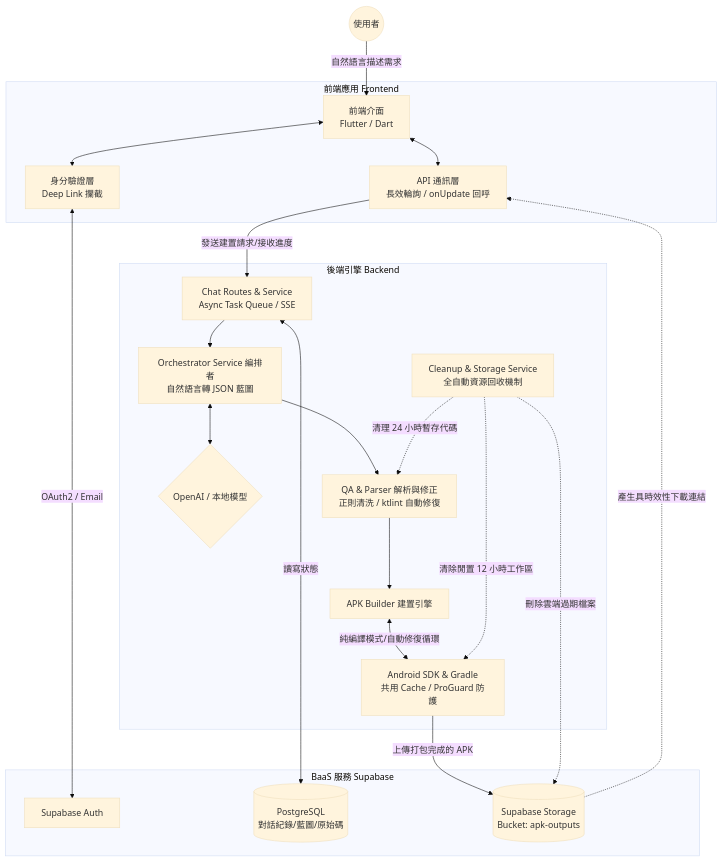
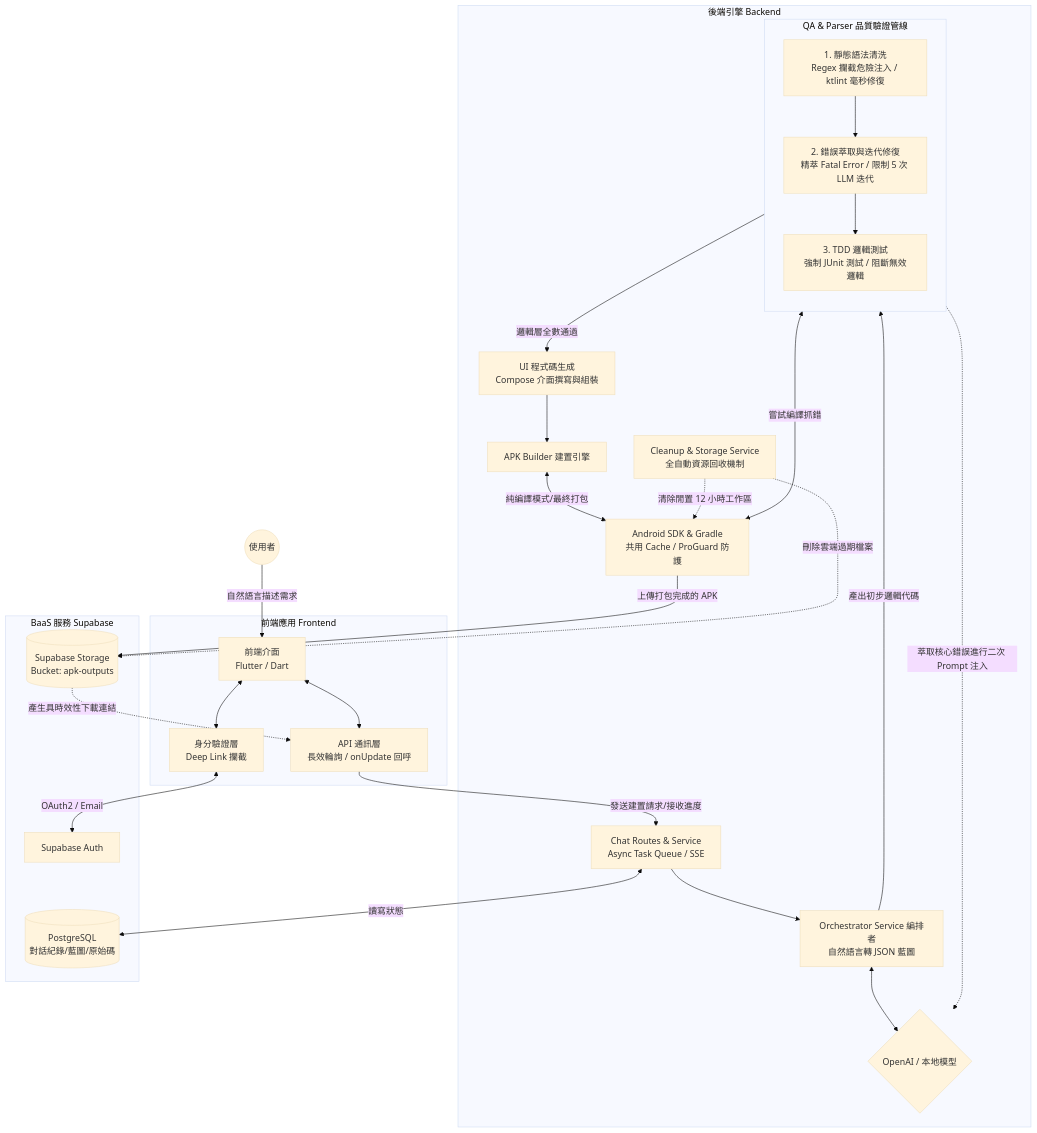
One commit to defineint/APK-Builder-Demo changed the diagram in README.md. Above: the diagram before and after it, drawn with Mermaid (base theme).

Commit message:
Enhance README with QA & Parser validation pipeline
Added QA & Parser quality validation pipeline with three steps: static cleaning, error extraction, and TDD logic testing.

````diff
--- a/README.md
+++ b/README.md
@@ -11,48 +11,65 @@
 ```mermaid
 graph TD
     %% 使用者層
     User((使用者)) -->|自然語言描述需求| FlutterUI[前端介面<br>Flutter / Dart]
 
     %% 前端應用
     subgraph Frontend [前端應用 Frontend]
         FlutterUI
         API_Layer[API 通訊層<br>長效輪詢 / onUpdate 回呼]
         Auth_Layer[身分驗證層<br>Deep Link 攔截]
         
         FlutterUI <--> API_Layer
         FlutterUI <--> Auth_Layer
     end
 
     %% 後端引擎
     API_Layer -->|發送建置請求/接收進度| ChatRoutes[Chat Routes & Service<br>Async Task Queue / SSE]
     
     subgraph Backend [後端引擎 Backend]
         ChatRoutes --> Orchestrator[Orchestrator Service 編排者<br>自然語言轉 JSON 藍圖]
         Orchestrator <--> LLM{OpenAI / 本地模型}
-        Orchestrator --> QAParser[QA & Parser 解析與修正<br>正則清洗 / ktlint 自動修復]
-        QAParser --> Builder[APK Builder 建置引擎]
         
-        Builder <-->|純編譯模式/自動修復循環| Gradle[Android SDK & Gradle<br>共用 Cache / ProGuard 防護]
+        %% QA & Parser 品質驗證管線 (循序三階段)
+        subgraph QAPipeline [QA & Parser 品質驗證管線]
+            direction TB
+            Step1_StaticClean[1. 靜態語法清洗<br>Regex 攔截危險注入 / ktlint 毫秒修復]
+            Step2_ErrorExtract[2. 錯誤萃取與迭代修復<br>精萃 Fatal Error / 限制 5 次 LLM 迭代]
+            Step3_TDD[3. TDD 邏輯測試<br>強制 JUnit 測試 / 阻斷無效邏輯]
+            
+            Step1_StaticClean --> Step2_ErrorExtract
+            Step2_ErrorExtract --> Step3_TDD
+        end
+        
+        %% 流程串接
+        Orchestrator -->|產出初步邏輯代碼| Step1_StaticClean
+        Step2_ErrorExtract -.->|萃取核心錯誤進行二次 Prompt 注入| LLM
+        Step2_ErrorExtract <-->|嘗試編譯抓錯| Gradle[Android SDK & Gradle<br>共用 Cache / ProGuard 防護]
+        
+        UIGenerator[UI 程式碼生成<br>Compose 介面撰寫與組裝]
+        Step3_TDD -->|邏輯層全數通過| UIGenerator
+        
+        UIGenerator --> Builder[APK Builder 建置引擎]
+        Builder <-->|純編譯模式/最終打包| Gradle
         
         GC[Cleanup & Storage Service<br>全自動資源回收機制]
     end
 
     %% Supabase 服務
     Auth_Layer <-->|OAuth2 / Email| Auth[Supabase Auth]
     
     subgraph BaaS [BaaS 服務 Supabase]
         Auth
         DB[(PostgreSQL<br>對話紀錄/藍圖/原始碼)]
         Storage[(Supabase Storage<br>Bucket: apk-outputs)]
     end
 
     %% 跨層資料流動
     ChatRoutes <-->|讀寫狀態| DB
     Gradle -->|上傳打包完成的 APK| Storage
     Storage -.->|產生具時效性下載連結| API_Layer
     
     %% 回收機制作用範圍
     GC -.->|刪除雲端過期檔案| Storage
     GC -.->|清除閒置 12 小時工作區| Gradle
-    GC -.->|清理 24 小時暫存代碼| QAParser
 ```
````
